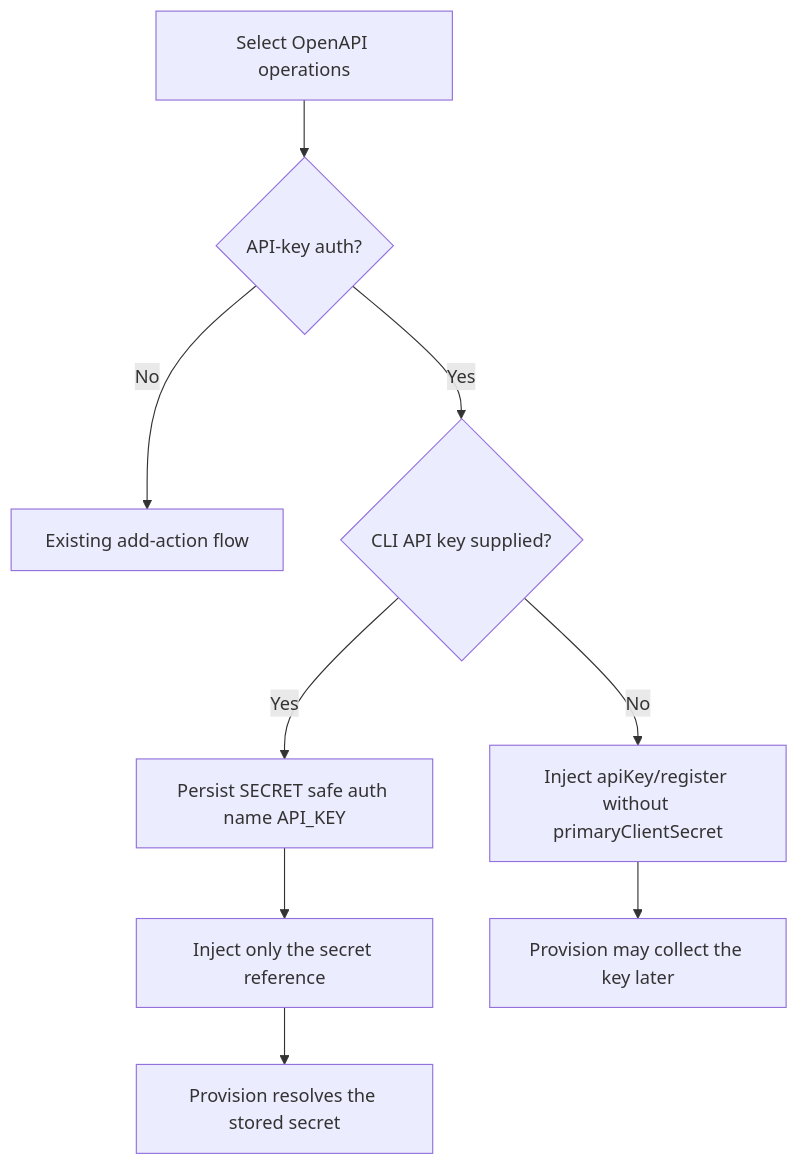
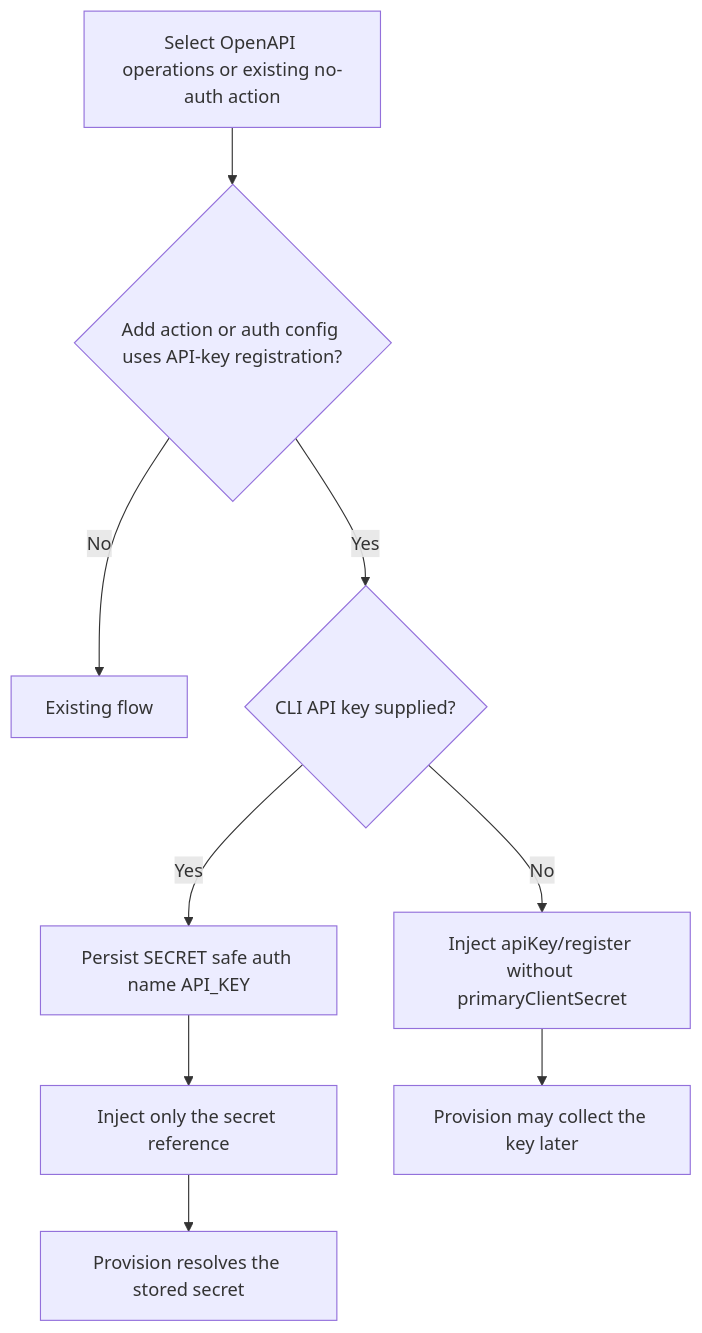
Before and after one commit to OfficeDev/Teams-Toolkit: the diagram in docs/03-specs/scenarios/da/add-openapi-api-key-action.md, drawn with Mermaid. The commit also changed other lines of this file and 12 other files, not shown here.

Commit message:
feat(fx-core): support API key values in add commands

````diff
--- a/docs/03-specs/scenarios/da/add-openapi-api-key-action.md
+++ b/docs/03-specs/scenarios/da/add-openapi-api-key-action.md
@@ -19,11 +26,11 @@
 ```mermaid
 flowchart TD
-  A[Select OpenAPI operations] --> B{API-key auth?}
-  B -- No --> C[Existing add-action flow]
+  A[Select OpenAPI operations or existing no-auth action] --> B{Add action or auth config uses API-key registration?}
+  B -- No --> C[Existing flow]
   B -- Yes --> D{CLI API key supplied?}
   D -- No --> E[Inject apiKey/register without primaryClientSecret]
   D -- Yes --> F[Persist SECRET safe auth name API_KEY]
   F --> G[Inject only the secret reference]
   E --> H[Provision may collect the key later]
   G --> I[Provision resolves the stored secret]
 ```
````
